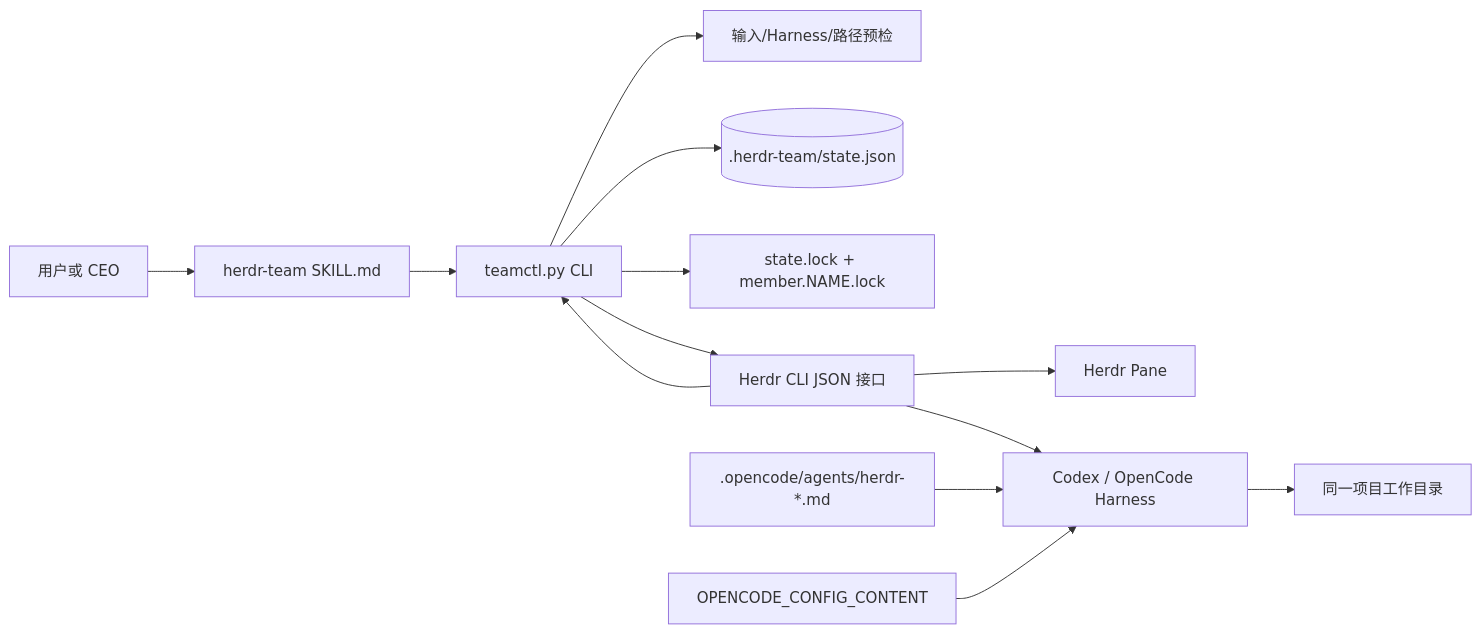
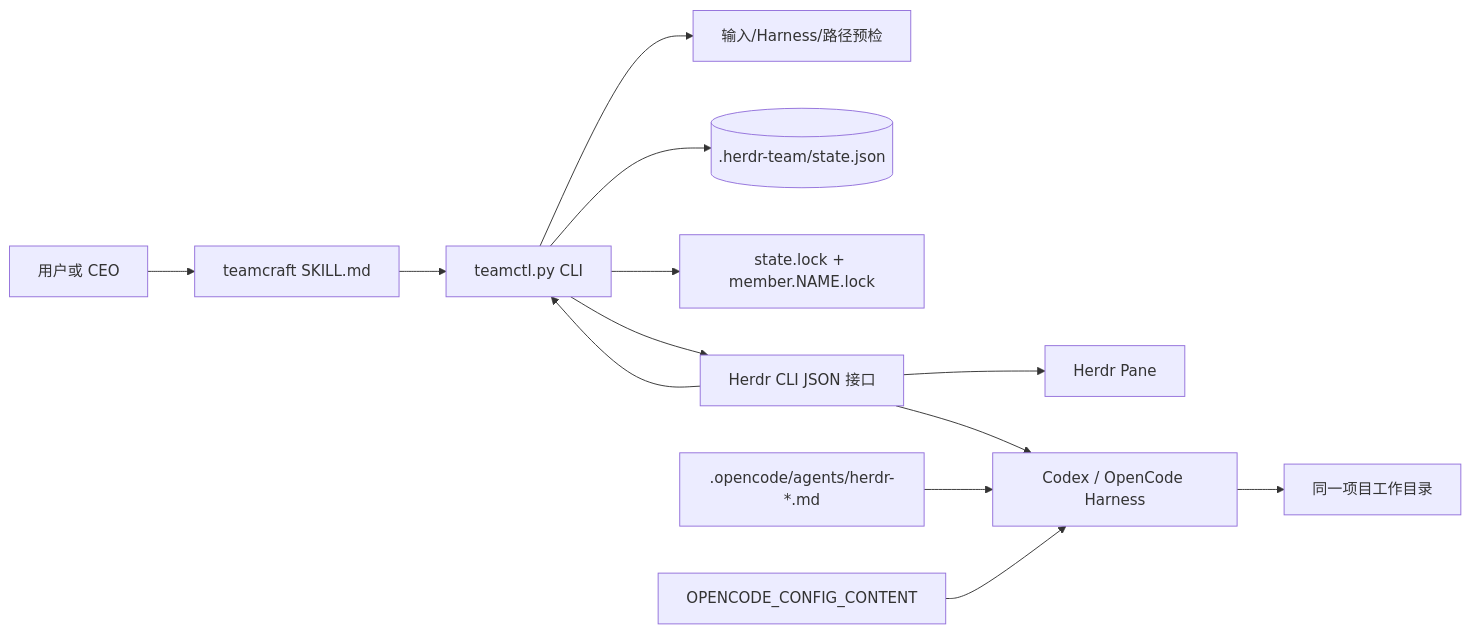
Before and after one commit to DiQiTech-AI/teamcraft: the first of 2 diagrams in doc/TEAMCRAFT_2_0_M0_REVIEW.md, drawn with Mermaid. The commit also changed other lines of this file and 19 other files, not shown here.

Commit message:
feat: establish TeamCraft skill and core boundaries

````diff
--- a/doc/TEAMCRAFT_2_0_M0_REVIEW.md
+++ b/doc/TEAMCRAFT_2_0_M0_REVIEW.md
@@ -50,15 +52,15 @@
 ```mermaid
 flowchart LR
-    U[用户或 CEO] --> S[herdr-team SKILL.md]
+    U[用户或 CEO] --> S[teamcraft SKILL.md]
     S --> CLI[teamctl.py CLI]
     CLI --> V[输入/Harness/路径预检]
     CLI --> JS[(.herdr-team/state.json)]
     CLI --> FL[state.lock + member.NAME.lock]
     CLI --> H[Herdr CLI JSON 接口]
     H --> P[Herdr Pane]
     H --> A[Codex / OpenCode Harness]
     OC[.opencode/agents/herdr-*.md] --> A
     CFG[OPENCODE_CONFIG_CONTENT] --> A
     A --> W[同一项目工作目录]
     H --> CLI
 ```
````
